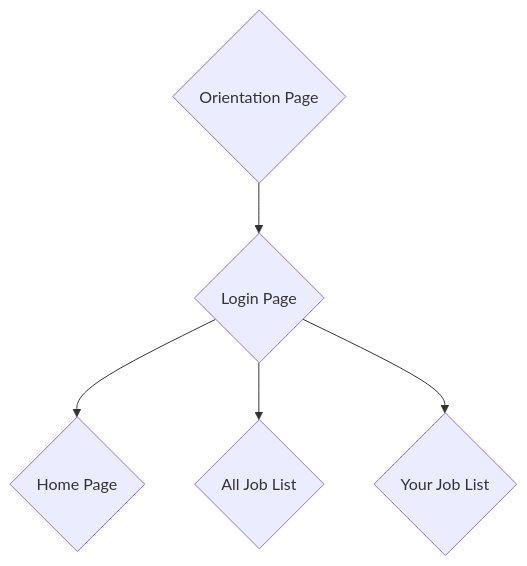
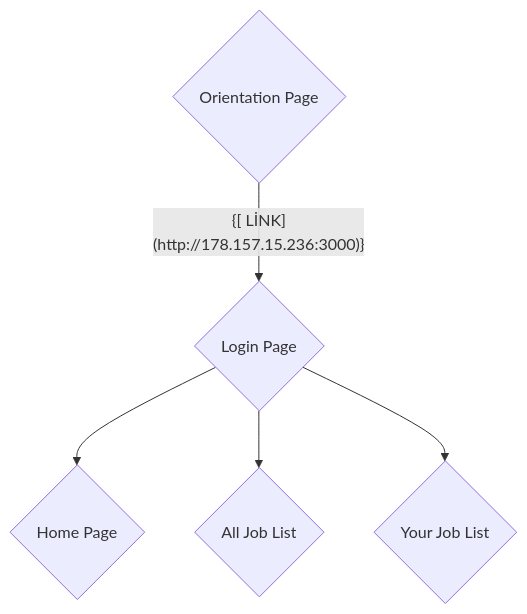
One commit to yzc61/project-management-public changed the diagram in README.md. Above: the diagram before and after it, drawn with Mermaid.

````diff
--- a/README.md
+++ b/README.md
@@ -9,7 +9,7 @@
 ```mermaid
 graph TD;
-    A{Orientation Page}-->B{Login Page};
+    A{Orientation Page}--{[ LİNK](http://178.157.15.236:3000)}-->B{Login Page};
     B{Login Page}-->C{Home Page};
     B{Login Page}-->D{All Job List};
     B{Login Page}-->E{Your Job List};
 ```
````
